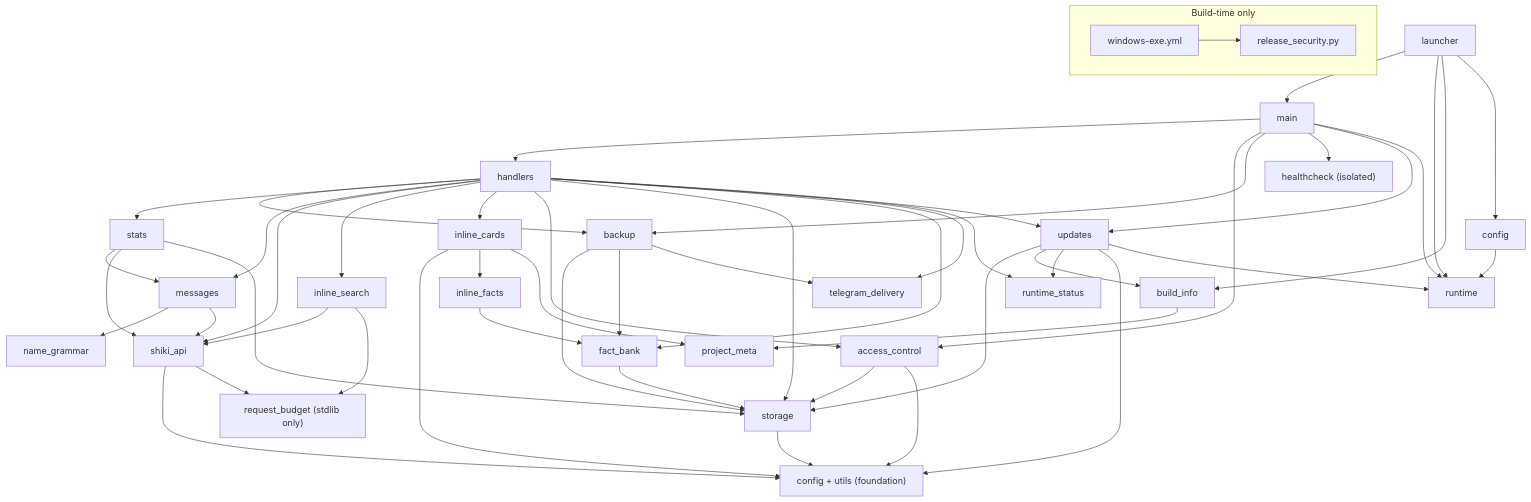
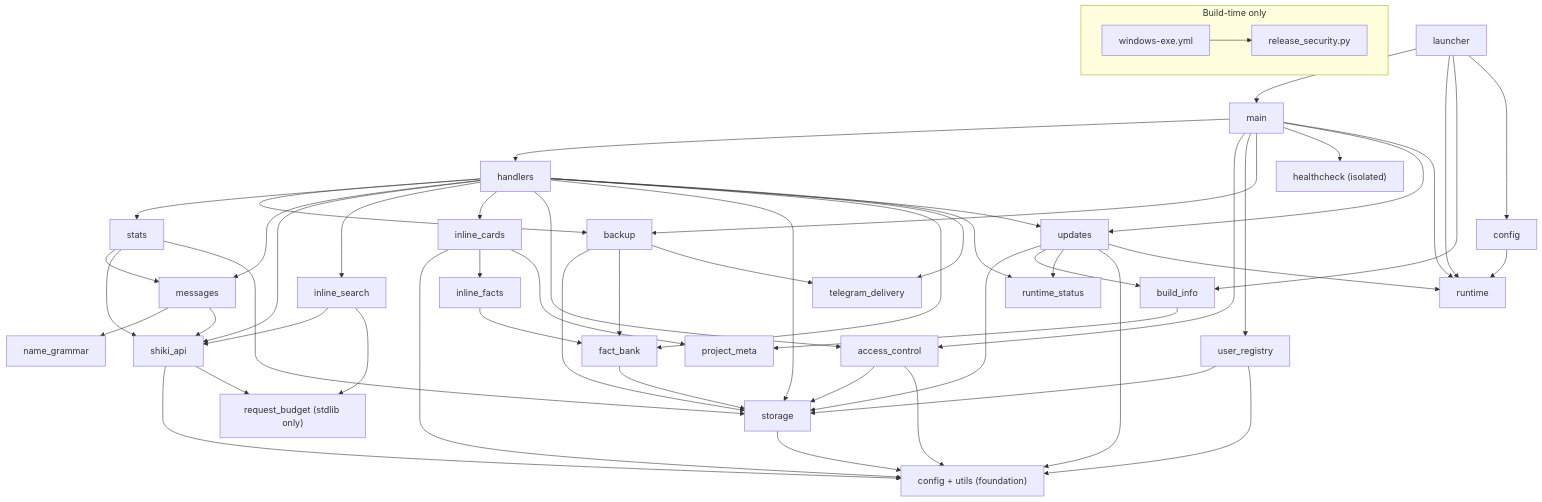
One commit to WorgaNomoR/ShikiUpdatesBot changed the diagram in ARCHITECTURE.md. Above: the diagram before and after it, drawn with Mermaid. The commit also changed other lines of this file and 15 other files, not shown here.

First line of the commit message:
Add durable bot user registry (#130)

````diff
--- a/ARCHITECTURE.md
+++ b/ARCHITECTURE.md
@@ -44,57 +45,60 @@
 ```mermaid
 graph TD
     launcher --> main
     launcher --> runtime
     launcher --> build_info
     launcher --> config
     main --> handlers
     main --> access_control
+    main --> user_registry
     main --> backup
     main --> healthcheck
     main --> updates
     main --> runtime
     handlers --> backup
     handlers --> stats
     handlers --> messages
     handlers --> shiki_api
     handlers --> inline_search
     handlers --> inline_cards
     handlers --> access_control
     handlers --> storage
     handlers --> fact_bank
     access_control --> storage
     access_control --> base
+    user_registry --> storage
+    user_registry --> base
     handlers --> updates
     handlers --> telegram_delivery
     handlers --> runtime_status
     updates --> storage
     updates --> build_info
     updates --> runtime_status
     build_info --> project_meta
     updates --> base
     updates --> runtime
     stats --> messages
     stats --> shiki_api
     stats --> storage
     messages --> name_grammar
     messages --> shiki_api
     backup --> storage
     backup --> fact_bank
     backup --> telegram_delivery
     storage --> base["config + utils (foundation)"]
     shiki_api --> base
     shiki_api --> request_budget
     inline_search --> shiki_api
     inline_search --> request_budget
     inline_cards --> base
     inline_cards --> inline_facts
     inline_cards --> project_meta
     inline_facts --> fact_bank
     fact_bank --> storage
     request_budget["request_budget (stdlib only)"]
     config --> runtime
     healthcheck["healthcheck (isolated)"]
     subgraph build_time["Build-time only"]
         windows_workflow["windows-exe.yml"] --> release_security["release_security.py"]
     end
 ```
````
